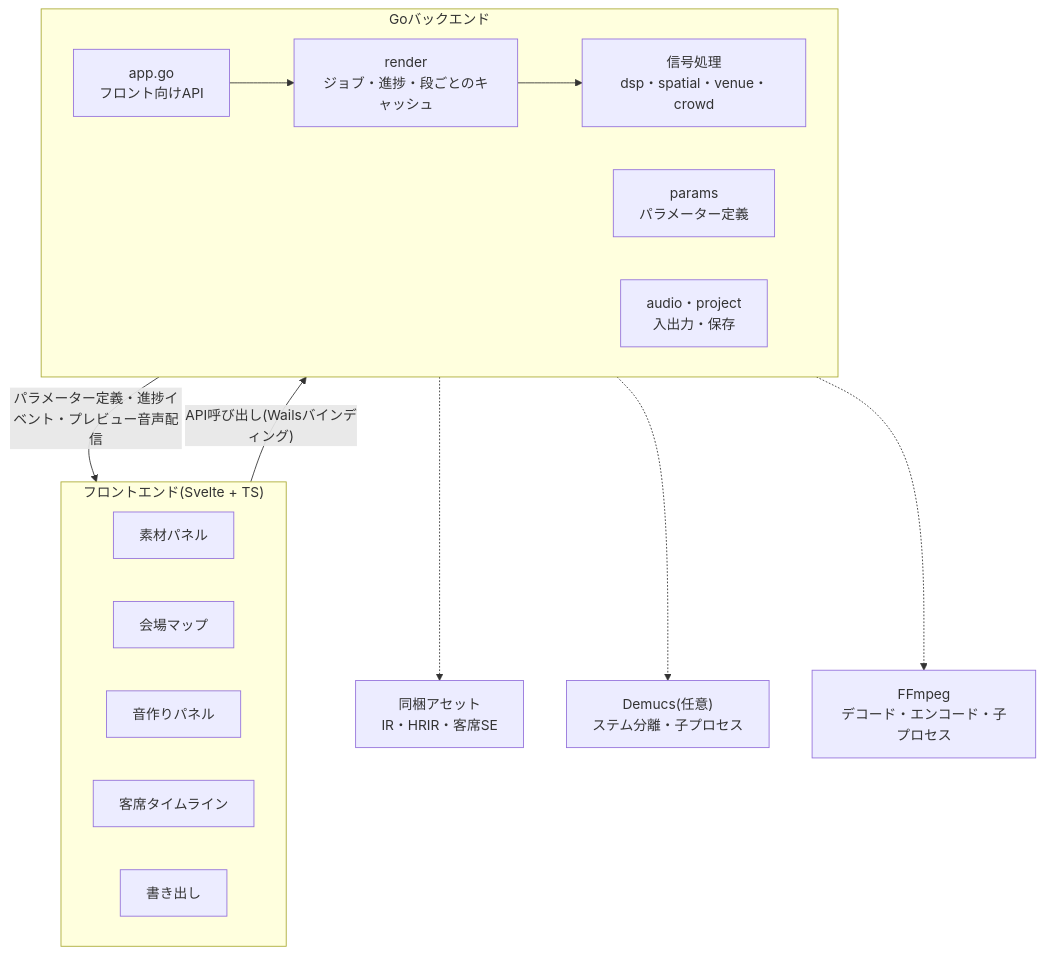
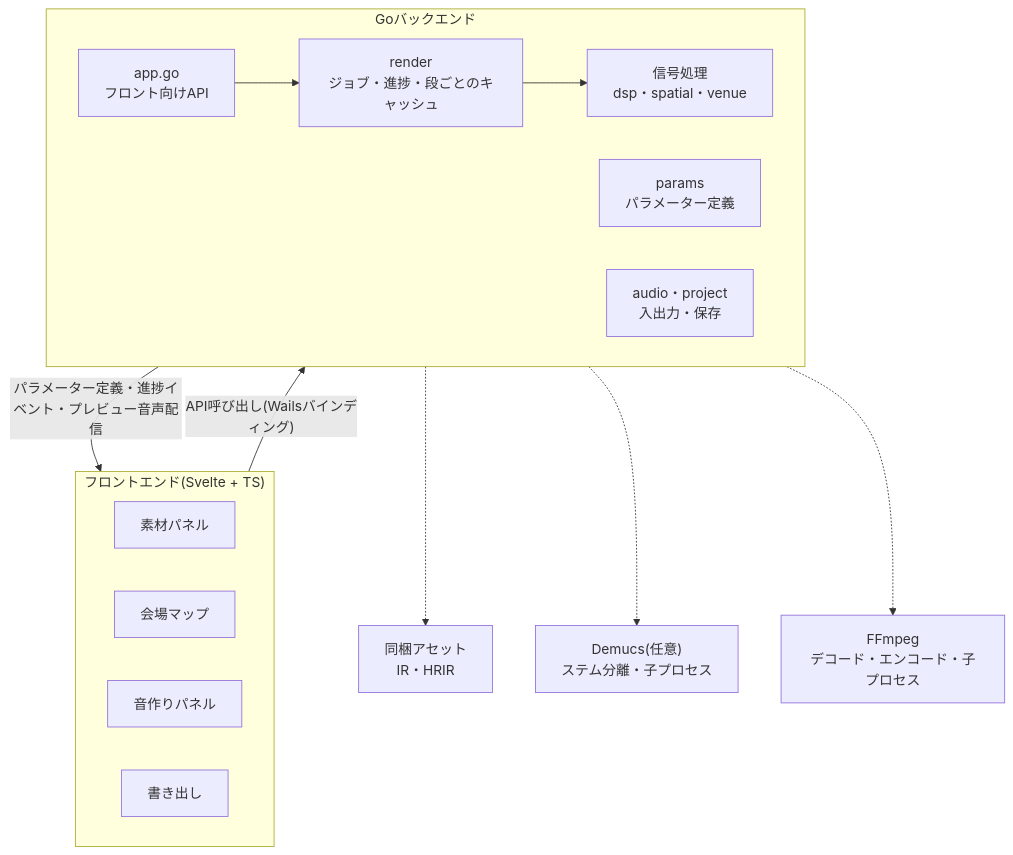
One commit to otoyuzu705/TottemoLive changed the first of 2 diagrams in TottemoLive-design.md. Above: the diagram before and after it, drawn with Mermaid. The commit also changed other lines of this file and 1 other file, not shown here.

````diff
--- a/TottemoLive-design.md
+++ b/TottemoLive-design.md
@@ -19,26 +19,25 @@
 ```mermaid
 flowchart TB
     subgraph FE["フロントエンド(Svelte + TS)"]
         direction LR
         UI1[素材パネル]
         UI2[会場マップ]
         UI5[音作りパネル]
-        UI3[客席タイムライン]
         UI4[書き出し]
     end
 
     subgraph GO["Goバックエンド"]
         direction LR
         APP["app.go<br/>フロント向けAPI"] --> RENDER["render<br/>ジョブ・進捗・段ごとのキャッシュ"]
-        RENDER --> DSP["信号処理<br/>dsp・spatial・venue・crowd"]
+        RENDER --> DSP["信号処理<br/>dsp・spatial・venue"]
         PARAMS["params<br/>パラメーター定義"]
         IO["audio・project<br/>入出力・保存"]
     end
 
     FE -- "API呼び出し(Wailsバインディング)" --> GO
     GO -- "パラメーター定義・進捗イベント・プレビュー音声配信" --> FE
 
-    GO -.-> ASSETS["同梱アセット<br/>IR・HRIR・客席SE"]
+    GO -.-> ASSETS["同梱アセット<br/>IR・HRIR"]
     GO -.-> DEMUCS["Demucs(任意)<br/>ステム分離・子プロセス"]
     GO -.-> FFMPEG["FFmpeg<br/>デコード・エンコード・子プロセス"]
 ```
````
